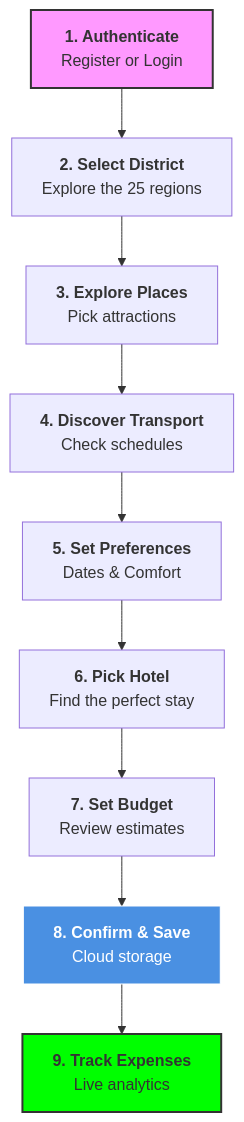
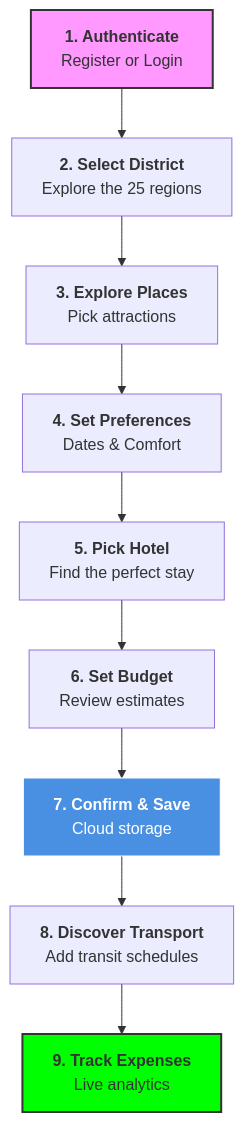
Before and after one commit to IT24101927/Travel_Genie_App: the diagram in README.md, drawn with Mermaid. The commit also changed other lines of this file and 1 other file, not shown here.

````diff
--- a/README.md
+++ b/README.md
@@ -126,15 +126,15 @@
 ```mermaid
 graph TD
     A[<b>1. Authenticate</b><br/>Register or Login] --> B[<b>2. Select District</b><br/>Explore the 25 regions]
     B --> C[<b>3. Explore Places</b><br/>Pick attractions]
-    C --> D[<b>4. Discover Transport</b><br/>Check schedules]
-    D --> E[<b>5. Set Preferences</b><br/>Dates & Comfort]
-    E --> F[<b>6. Pick Hotel</b><br/>Find the perfect stay]
-    F --> G[<b>7. Set Budget</b><br/>Review estimates]
-    G --> H[<b>8. Confirm & Save</b><br/>Cloud storage]
+    C --> D[<b>4. Set Preferences</b><br/>Dates & Comfort]
+    D --> E[<b>5. Pick Hotel</b><br/>Find the perfect stay]
+    E --> F[<b>6. Set Budget</b><br/>Review estimates]
+    F --> G[<b>7. Confirm & Save</b><br/>Cloud storage]
+    G --> H[<b>8. Discover Transport</b><br/>Add transit schedules]
     H --> I[<b>9. Track Expenses</b><br/>Live analytics]
 
     style A fill:#f9f,stroke:#333,stroke-width:2px
     style I fill:#00ff00,stroke:#333,stroke-width:2px
-    style H fill:#4a90e2,stroke:#fff,color:#fff
+    style G fill:#4a90e2,stroke:#fff,color:#fff
 ```
````
